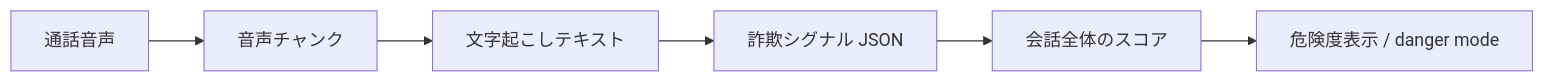
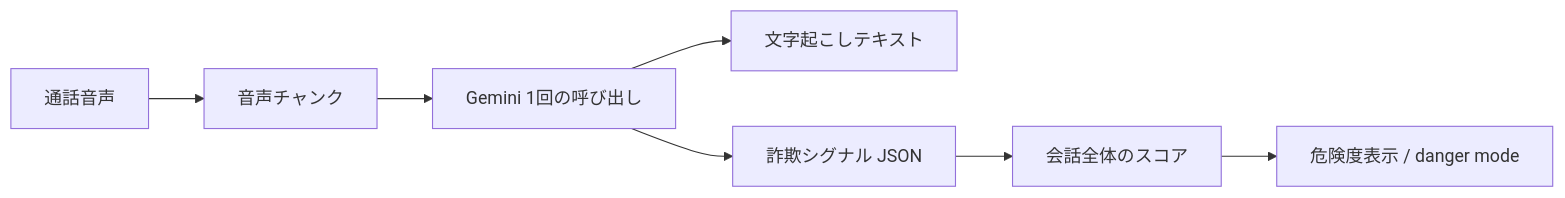
The first of 2 diagrams in README.md (NarumiKomaba/LiquidAI_hackathon2026), drawn with Mermaid before and after one commit. The commit also changed other lines of this file and 33 other files, not shown here.

````diff
--- a/README.md
+++ b/README.md
@@ -15,8 +15,9 @@
 ```mermaid
 flowchart LR
   call[通話音声] --> audio[音声チャンク]
-  audio --> transcript[文字起こしテキスト]
-  transcript --> signals[詐欺シグナル JSON]
+  audio --> gemini[Gemini 1回の呼び出し]
+  gemini --> transcript[文字起こしテキスト]
+  gemini --> signals[詐欺シグナル JSON]
   signals --> score[会話全体のスコア]
   score --> risk[危険度表示 / danger mode]
 ```
````
